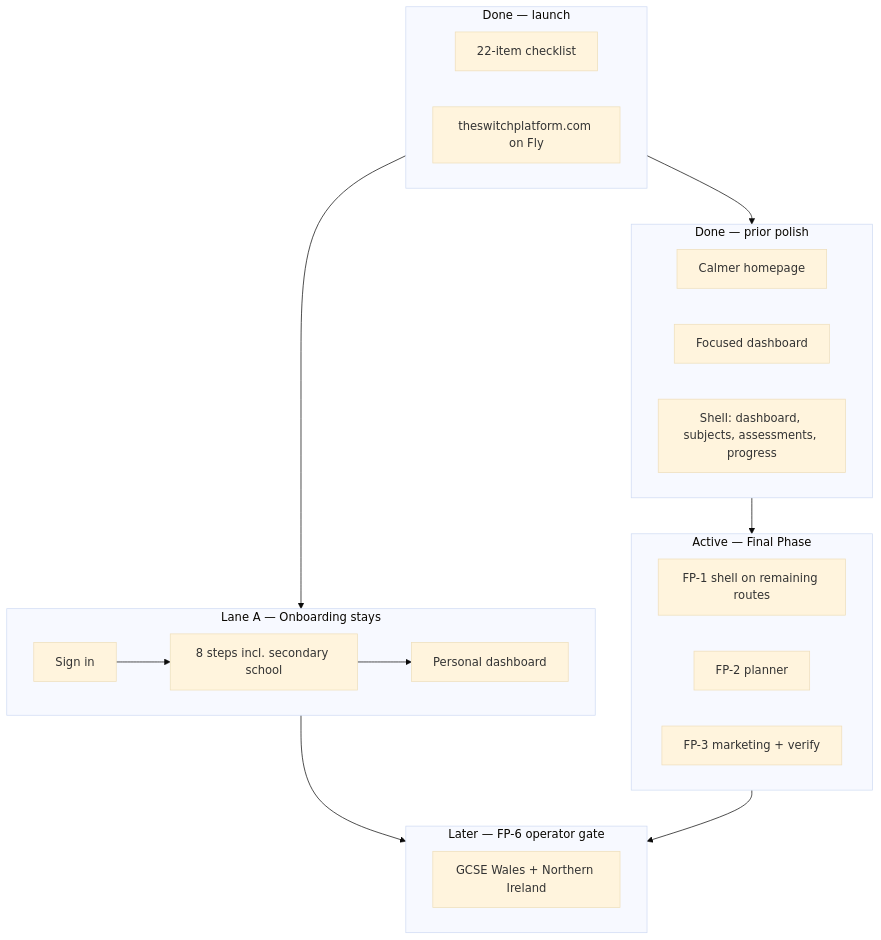
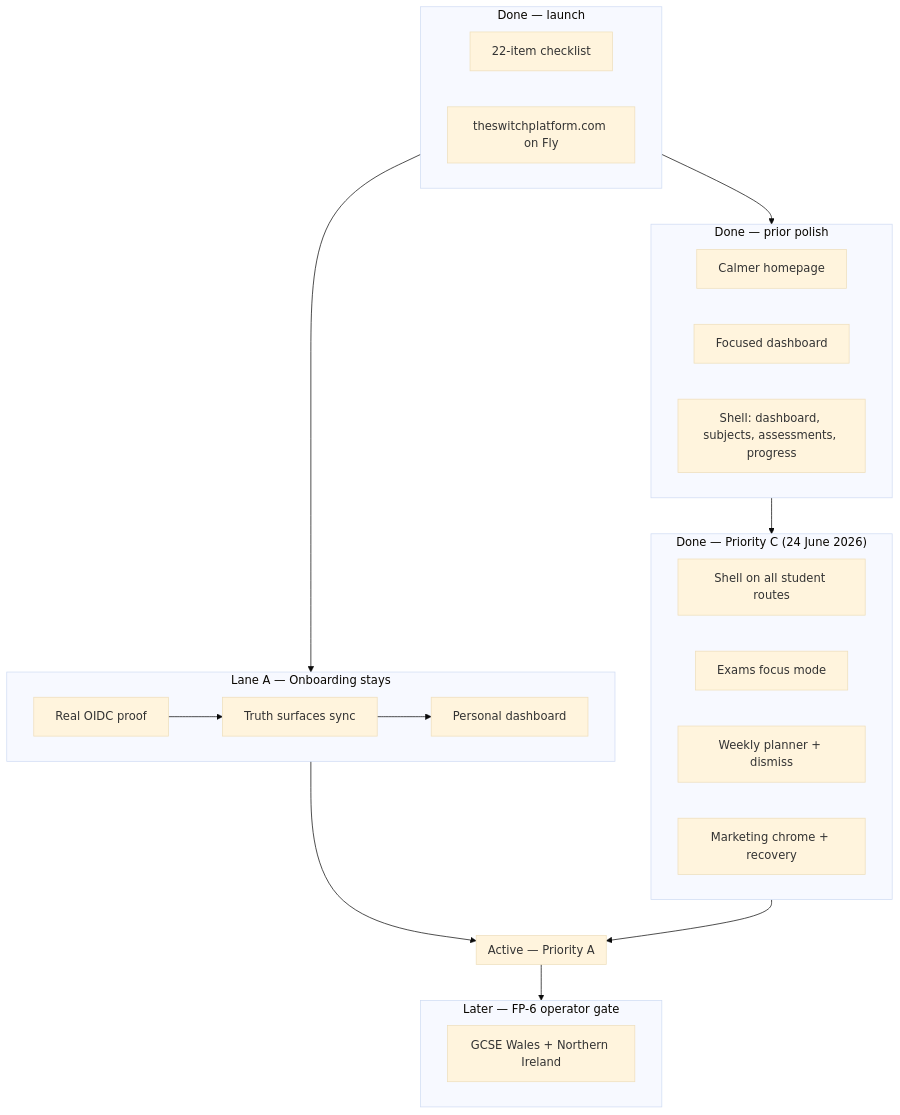
The first of 7 diagrams in HANDOFF.md (tech-fresh/the-switch-platform), drawn with Mermaid (base theme) before and after one commit. The commit also changed other lines of this file and 11 other files, not shown here.

Commit message:
Harden Priority A truth audit flow

````diff
--- a/HANDOFF.md
+++ b/HANDOFF.md
@@ -130,31 +153,37 @@
 ```mermaid
 flowchart TD
   subgraph done["Done — launch"]
     D1["22-item checklist"]
     D2["theswitchplatform.com on Fly"]
   end
   subgraph laneA["Lane A — Onboarding stays"]
     A1["Sign in"]
     A2["8 steps incl. secondary school"]
     A3["Personal dashboard"]
     A1 --> A2 --> A3
   end
   subgraph donePolish["Done — prior polish"]
     B1["Calmer homepage"]
     B2["Focused dashboard"]
     B3["Shell: dashboard, subjects, assessments, progress"]
   end
-  subgraph final["Active — Final Phase"]
-    F1["FP-1 shell on remaining routes"]
-    F2["FP-2 planner"]
-    F3["FP-3 marketing + verify"]
+  subgraph doneC["Done — Priority C (24 June 2026)"]
+    C1["Shell on all student routes"]
+    C2["Exams focus mode"]
+    C3["Weekly planner + dismiss"]
+    C4["Marketing chrome + recovery"]
+  end
+  subgraph activeA["Active — Priority A"]
+    A1["Real OIDC proof"]
+    A2["Truth surfaces sync"]
   end
   subgraph later["Later — FP-6 operator gate"]
     L1["GCSE Wales + Northern Ireland"]
   end
   done --> laneA
   done --> donePolish
-  donePolish --> final
-  laneA --> later
-  final --> later
+  donePolish --> doneC
+  laneA --> activeA
+  doneC --> activeA
+  activeA --> later
 ```
````
